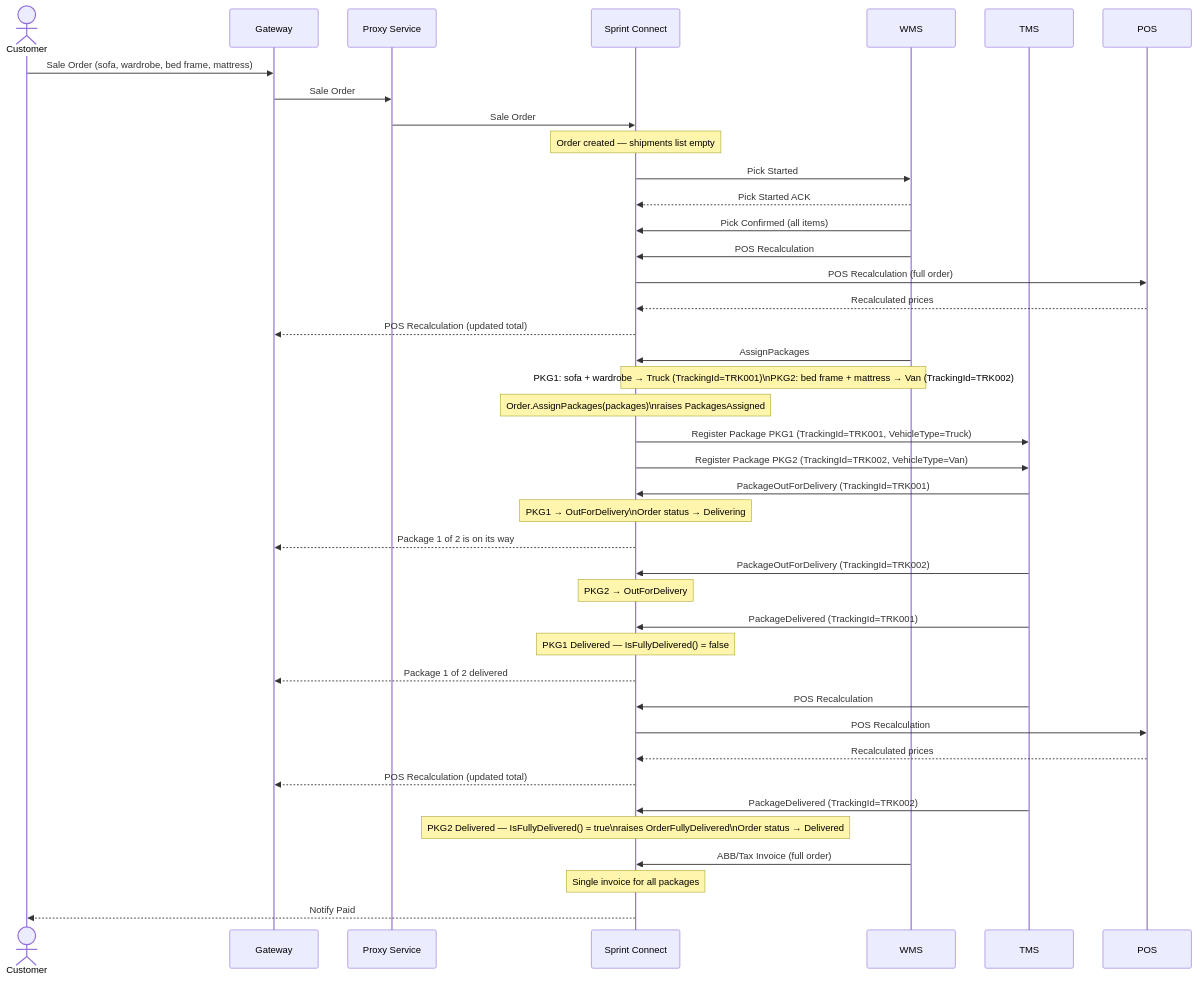
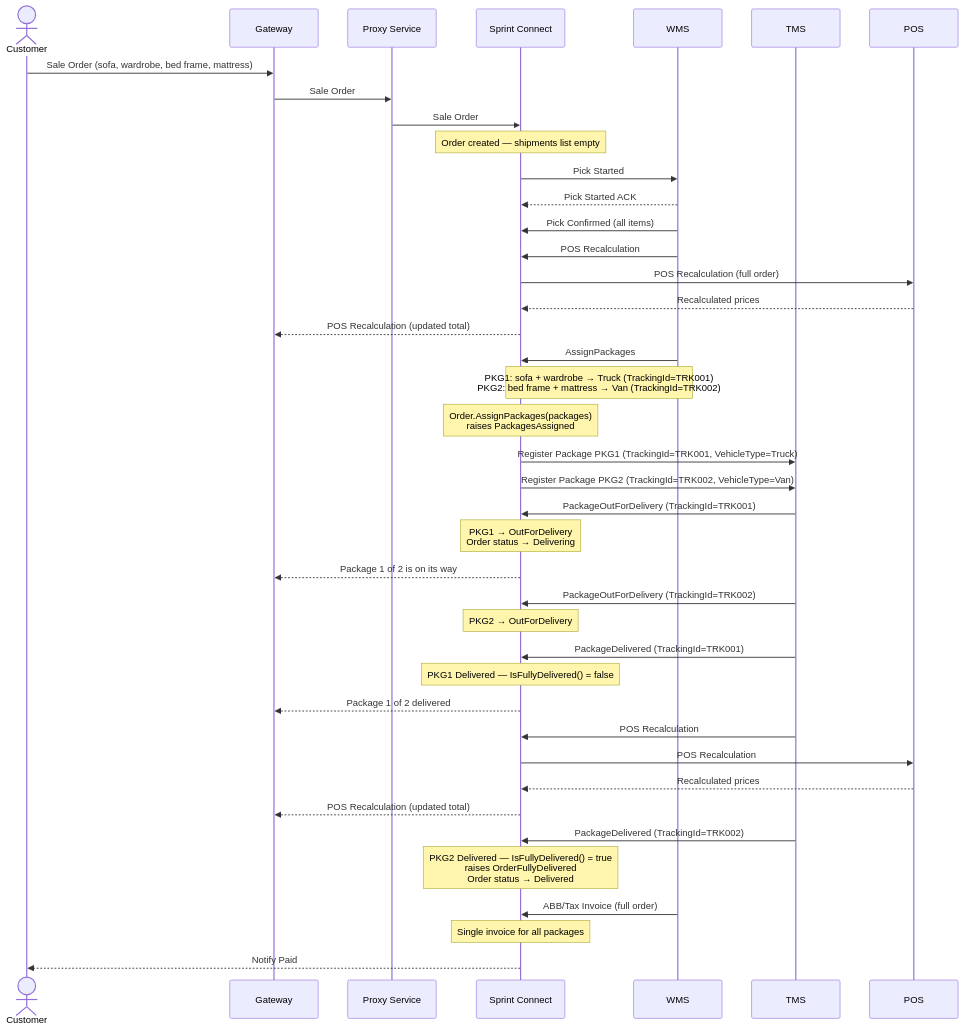
One commit to rosered11/personal-claude changed diagram 11 of 24 in result/oms-sequence-diagrams.md. Above: the diagram before and after it, drawn with Mermaid. The commit also changed other lines of this file and 7 other files, not shown here.

````diff
--- a/result/oms-sequence-diagrams.md
+++ b/result/oms-sequence-diagrams.md
@@ -389,54 +389,54 @@
 ```mermaid
 sequenceDiagram
     actor C as Customer
     participant GW as Gateway
     participant PS as Proxy Service
     participant SC as Sprint Connect
     participant WMS as WMS
     participant TMS as TMS
     participant POS as POS
 
     C->>GW: Sale Order (sofa, wardrobe, bed frame, mattress)
     GW->>PS: Sale Order
     PS->>SC: Sale Order
     Note over SC: Order created — shipments list empty
 
     SC->>WMS: Pick Started
     WMS-->>SC: Pick Started ACK
 
     WMS->>SC: Pick Confirmed (all items)
     WMS->>SC: POS Recalculation
     SC->>POS: POS Recalculation (full order)
     POS-->>SC: Recalculated prices
     SC-->>GW: POS Recalculation (updated total)
 
     WMS->>SC: AssignPackages
-    Note over SC,WMS: PKG1: sofa + wardrobe → Truck (TrackingId=TRK001)\nPKG2: bed frame + mattress → Van (TrackingId=TRK002)
-    Note over SC: Order.AssignPackages(packages)\nraises PackagesAssigned
+    Note over SC,WMS: PKG1: sofa + wardrobe → Truck (TrackingId=TRK001)<br>PKG2: bed frame + mattress → Van (TrackingId=TRK002)
+    Note over SC: Order.AssignPackages(packages)<br>raises PackagesAssigned
 
     SC->>TMS: Register Package PKG1 (TrackingId=TRK001, VehicleType=Truck)
     SC->>TMS: Register Package PKG2 (TrackingId=TRK002, VehicleType=Van)
 
     TMS->>SC: PackageOutForDelivery (TrackingId=TRK001)
-    Note over SC: PKG1 → OutForDelivery\nOrder status → Delivering
+    Note over SC: PKG1 → OutForDelivery<br>Order status → Delivering
     SC-->>GW: Package 1 of 2 is on its way
 
     TMS->>SC: PackageOutForDelivery (TrackingId=TRK002)
     Note over SC: PKG2 → OutForDelivery
 
     TMS->>SC: PackageDelivered (TrackingId=TRK001)
     Note over SC: PKG1 Delivered — IsFullyDelivered() = false
     SC-->>GW: Package 1 of 2 delivered
 
     TMS->>SC: POS Recalculation
     SC->>POS: POS Recalculation
     POS-->>SC: Recalculated prices
     SC-->>GW: POS Recalculation (updated total)
 
     TMS->>SC: PackageDelivered (TrackingId=TRK002)
-    Note over SC: PKG2 Delivered — IsFullyDelivered() = true\nraises OrderFullyDelivered\nOrder status → Delivered
+    Note over SC: PKG2 Delivered — IsFullyDelivered() = true<br>raises OrderFullyDelivered<br>Order status → Delivered
 
     WMS->>SC: ABB/Tax Invoice (full order)
     Note over SC: Single invoice for all packages
     SC-->>C: Notify Paid
 ```
````
